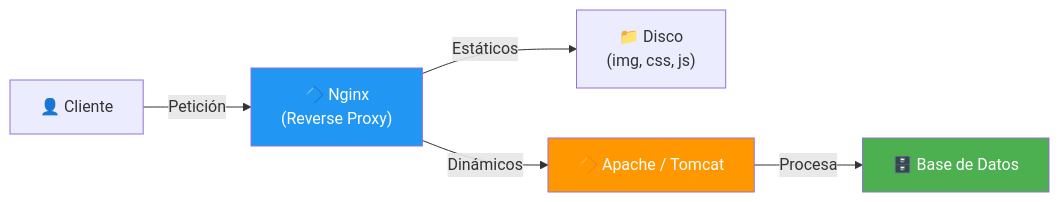
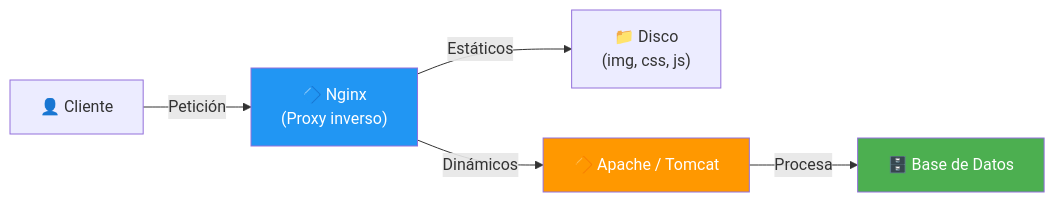
Before and after one commit to joseluisgs/DesarrolloWebEntornosServidor-01-2026-2027: the second of 4 diagrams in 08-servidores-web.md, drawn with Mermaid. The commit also changed other lines of this file and 77 other files, not shown here.

````diff
--- a/08-servidores-web.md
+++ b/08-servidores-web.md
@@ -171,11 +171,11 @@
 ```mermaid
 graph LR
-    C["👤 Cliente"] -->|"Petición"| N["🔷 Nginx<br/>(Reverse Proxy)"]
+    C["👤 Cliente"] -->|"Petición"| N["🔷 Nginx<br/>(Proxy inverso)"]
     N -->|"Estáticos"| D["📁 Disco<br/>(img, css, js)"]
     N -->|"Dinámicos"| A["🔶 Apache / Tomcat"]
     A -->|"Procesa"| DB["🗄️ Base de Datos"]
 
     style N fill:#2196F3,color:#fff
     style A fill:#FF9800,color:#fff
     style DB fill:#4CAF50,color:#fff
 ```
````
